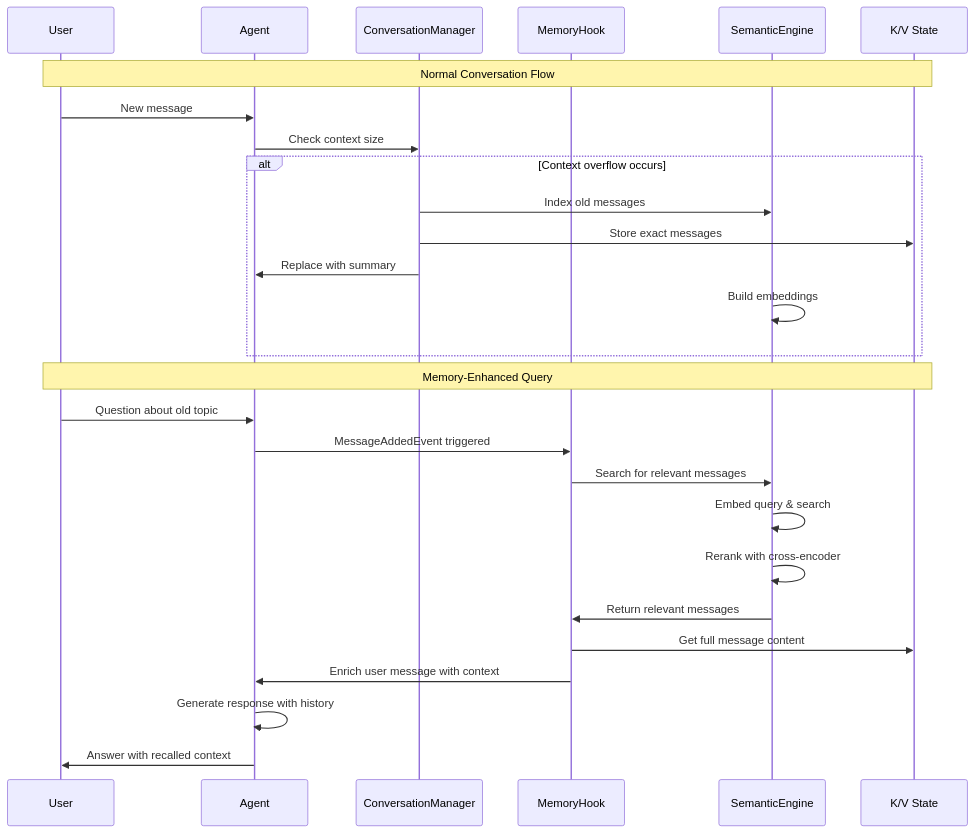
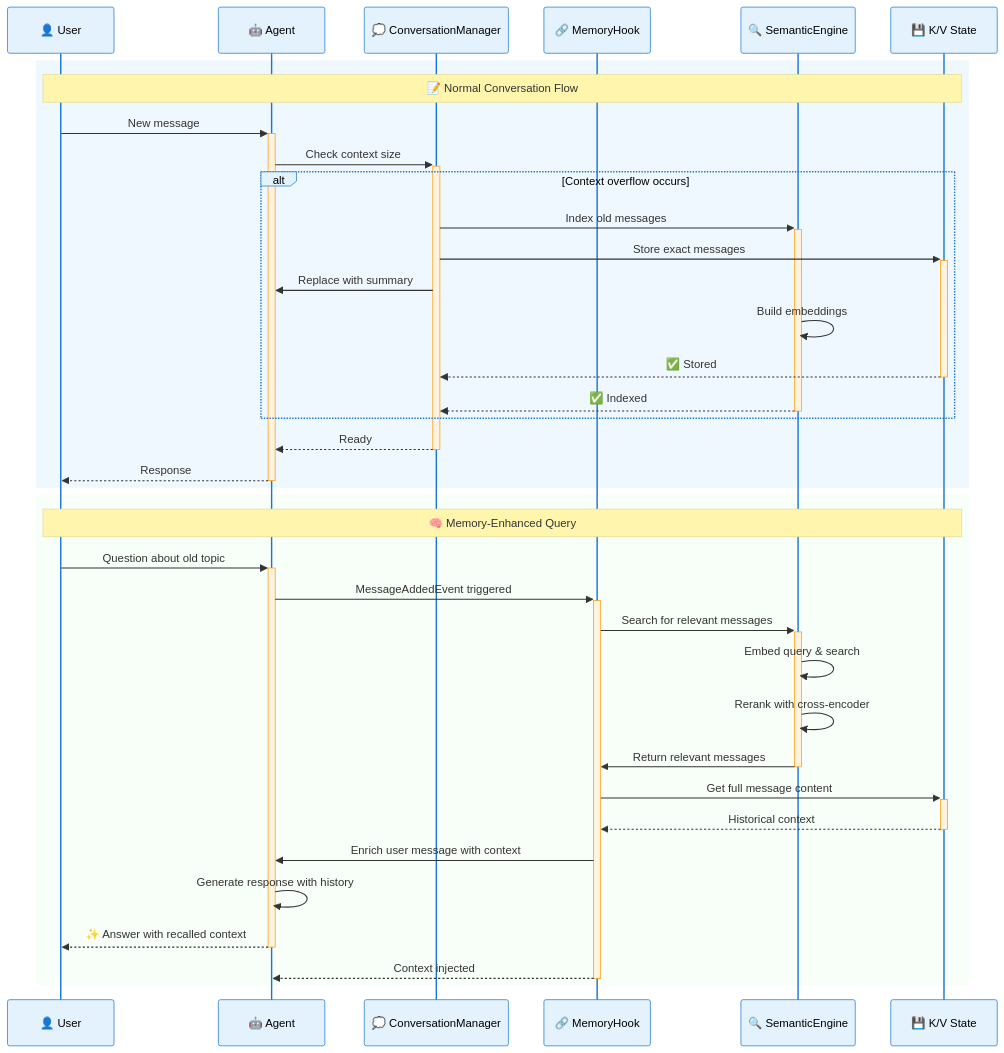
One commit to danilop/strands-agents-semantic-summarizing-conversation-manager changed the second of 2 diagrams in README.md. Above: the diagram before and after it, drawn with Mermaid. The commit also changed other lines of this file, not shown here.

Commit message:
First release

````diff
--- a/README.md
+++ b/README.md
@@ -156,32 +174,43 @@
 ```mermaid
+%%{init: {"theme": "base", "themeVariables": {"actorBkg": "#e3f2fd", "actorBorder": "#1976d2", "actorTextColor": "#000", "activationBkgColor": "#fff3e0", "activationBorderColor": "#ff9800"}}}%%
 sequenceDiagram
-    participant U as User
-    participant A as Agent
-    participant CM as ConversationManager
-    participant H as MemoryHook
-    participant SE as SemanticEngine
-    participant KV as K/V State
+    participant U as 👤 User
+    participant A as 🤖 Agent
+    participant CM as 💭 ConversationManager
+    participant H as 🔗 MemoryHook
+    participant SE as 🔍 SemanticEngine
+    participant KV as 💾 K/V State
 
-    Note over U,KV: Normal Conversation Flow
-    U->>A: New message
-    A->>CM: Check context size
+    rect rgb(240, 248, 255)
+        Note over U,KV: 📝 Normal Conversation Flow
+        U->>+A: New message
+        A->>+CM: Check context size
 
-    alt Context overflow occurs
-        CM->>SE: Index old messages
-        CM->>KV: Store exact messages
-        CM->>A: Replace with summary
-        SE->>SE: Build embeddings
+        alt Context overflow occurs
+            CM->>+SE: Index old messages
+            CM->>+KV: Store exact messages
+            CM->>A: Replace with summary
+            SE->>SE: Build embeddings
+            KV-->>-CM: ✅ Stored
+            SE-->>-CM: ✅ Indexed
+        end
+        CM-->>-A: Ready
+        A-->>-U: Response
     end
 
-    Note over U,KV: Memory-Enhanced Query
-    U->>A: Question about old topic
-    A->>H: MessageAddedEvent triggered
-    H->>SE: Search for relevant messages
-    SE->>SE: Embed query & search
-    SE->>SE: Rerank with cross-encoder
-    SE->>H: Return relevant messages
-    H->>KV: Get full message content
-    H->>A: Enrich user message with context
-    A->>A: Generate response with history
-    A->>U: Answer with recalled context
+    rect rgb(248, 255, 248)
+        Note over U,KV: 🧠 Memory-Enhanced Query
+        U->>+A: Question about old topic
+        A->>+H: MessageAddedEvent triggered
+        H->>+SE: Search for relevant messages
+        SE->>SE: Embed query & search
+        SE->>SE: Rerank with cross-encoder
+        SE->>-H: Return relevant messages
+        H->>+KV: Get full message content
+        KV-->>-H: Historical context
+        H->>A: Enrich user message with context
+        A->>A: Generate response with history
+        A-->>-U: ✨ Answer with recalled context
+        H-->>-A: Context injected
+    end
 ```
````
